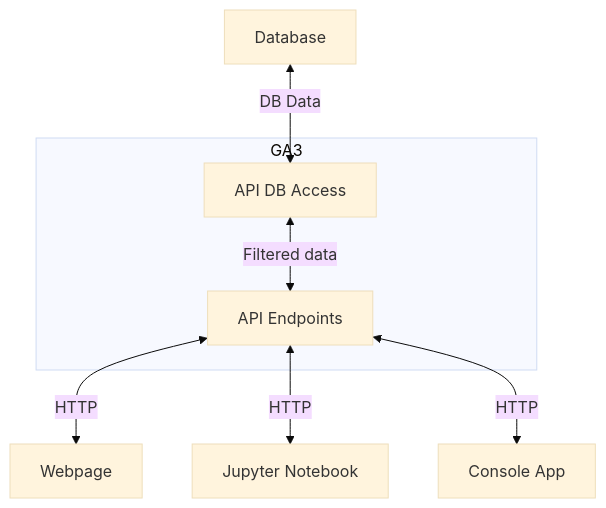
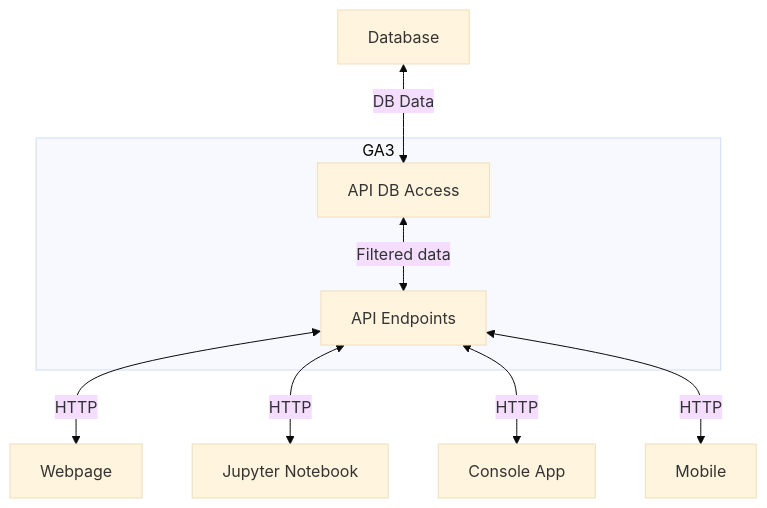
Before and after one commit to MLDERES/ISYS58603: the second of 3 diagrams in README.md, drawn with Mermaid (base theme). The commit also changed other lines of this file, not shown here.

````diff
--- a/README.md
+++ b/README.md
@@ -30,10 +31,11 @@
 ```mermaid
 graph TD
     E[Database] <-->|DB Data| F[API DB Access]
     subgraph "GA3"
         F <-->|Filtered data| G[API Endpoints]    
     end
     G <-->|HTTP| A[Webpage]
     G <-->|HTTP| B[Jupyter Notebook]
     G <-->|HTTP| D[Console App]
+    G <-->|HTTP| H[Mobile]
 ```
````
